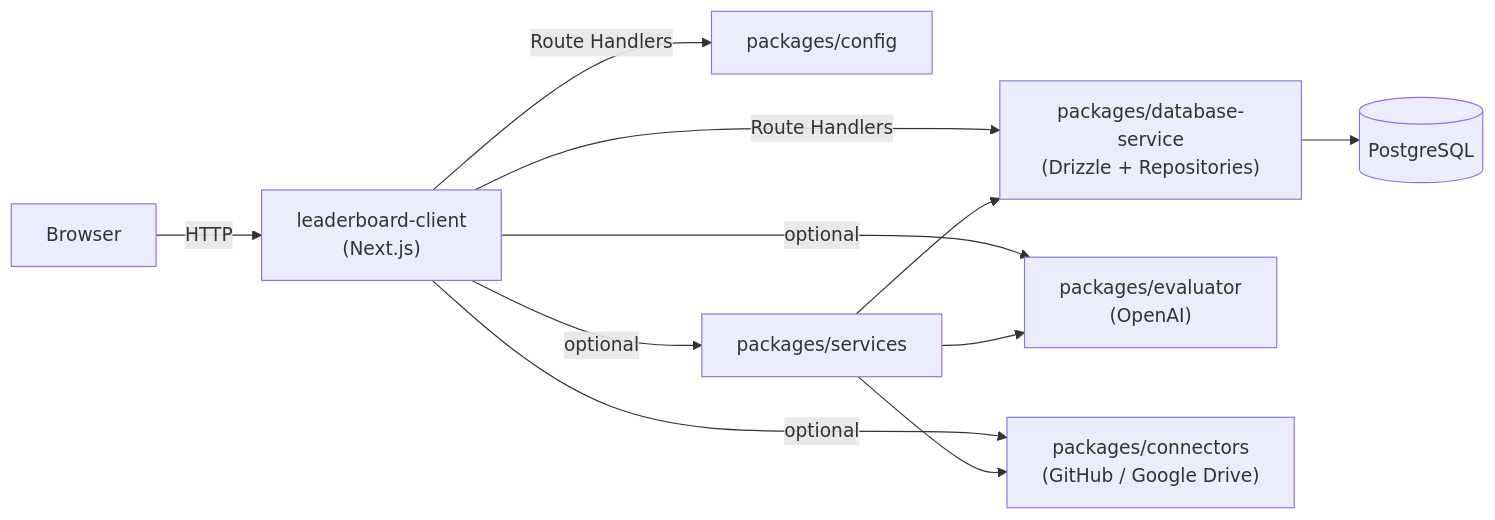
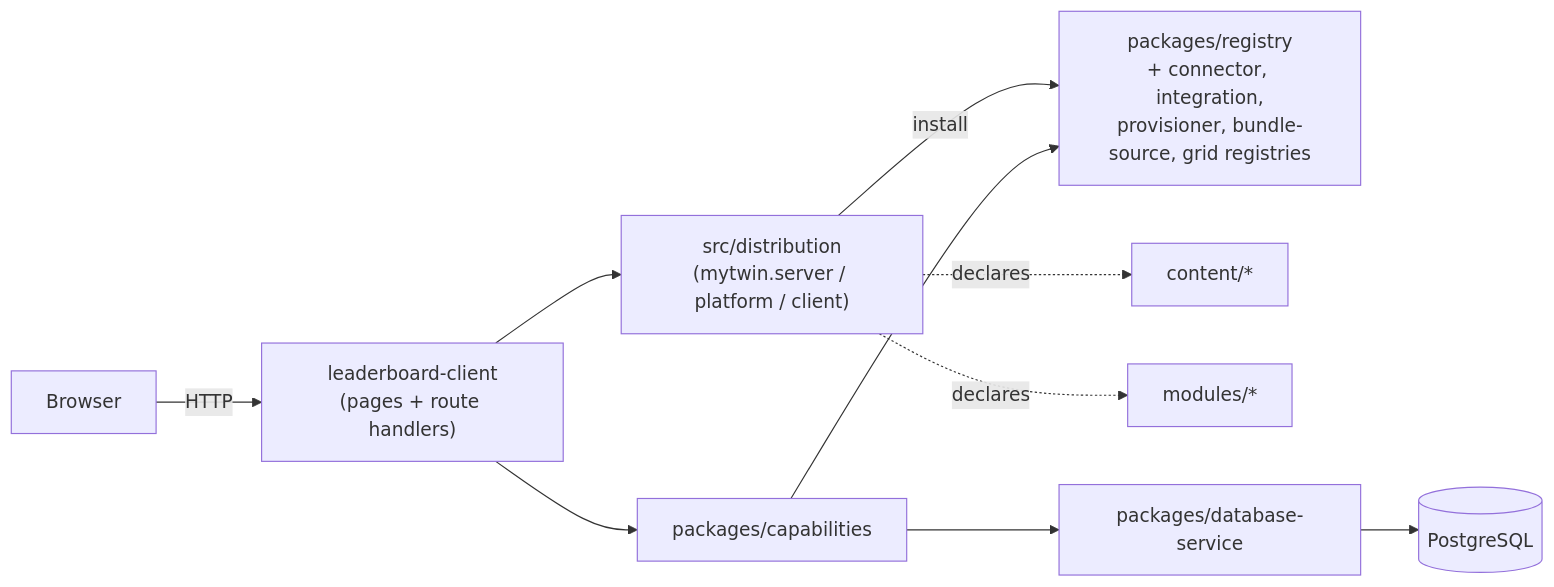
The first of 4 diagrams in docs/architecture.md (MyTwin-Lab/leaderboard), drawn with Mermaid before and after one commit. The commit also changed other lines of this file and 24 other files, not shown here.

First line of the commit message:
docs: final state of the core / content / modules separation (challenge 020, L7.3)

````diff
--- a/docs/architecture.md
+++ b/docs/architecture.md
@@ -31,13 +62,12 @@
 ```mermaid
 flowchart LR
-  Browser -->|HTTP| NextApp["leaderboard-client\n(Next.js)"]
-  NextApp -->|Route Handlers| Config["packages/config"]
-  NextApp -->|Route Handlers| DB["packages/database-service\n(Drizzle + Repositories)"]
+  Browser -->|HTTP| Shell["leaderboard-client\n(pages + route handlers)"]
+  Shell --> Dist["src/distribution\n(mytwin.server / platform / client)"]
+  Dist -->|install| Registry["packages/registry\n+ connector, integration,\nprovisioner, bundle-source, grid registries"]
+  Dist -.declares.-> Content["content/*"]
+  Dist -.declares.-> Modules["modules/*"]
+  Shell --> Caps["packages/capabilities"]
+  Caps --> Registry
+  Caps --> DB["packages/database-service"]
   DB --> Postgres[(PostgreSQL)]
-  NextApp -->|optional| Services["packages/services"]
-  NextApp -->|optional| Evaluator["packages/evaluator\n(OpenAI)"]
-  NextApp -->|optional| Connectors["packages/connectors\n(GitHub / Google Drive)"]
-  Services --> Evaluator
-  Services --> Connectors
-  Services --> DB
 ```
````
